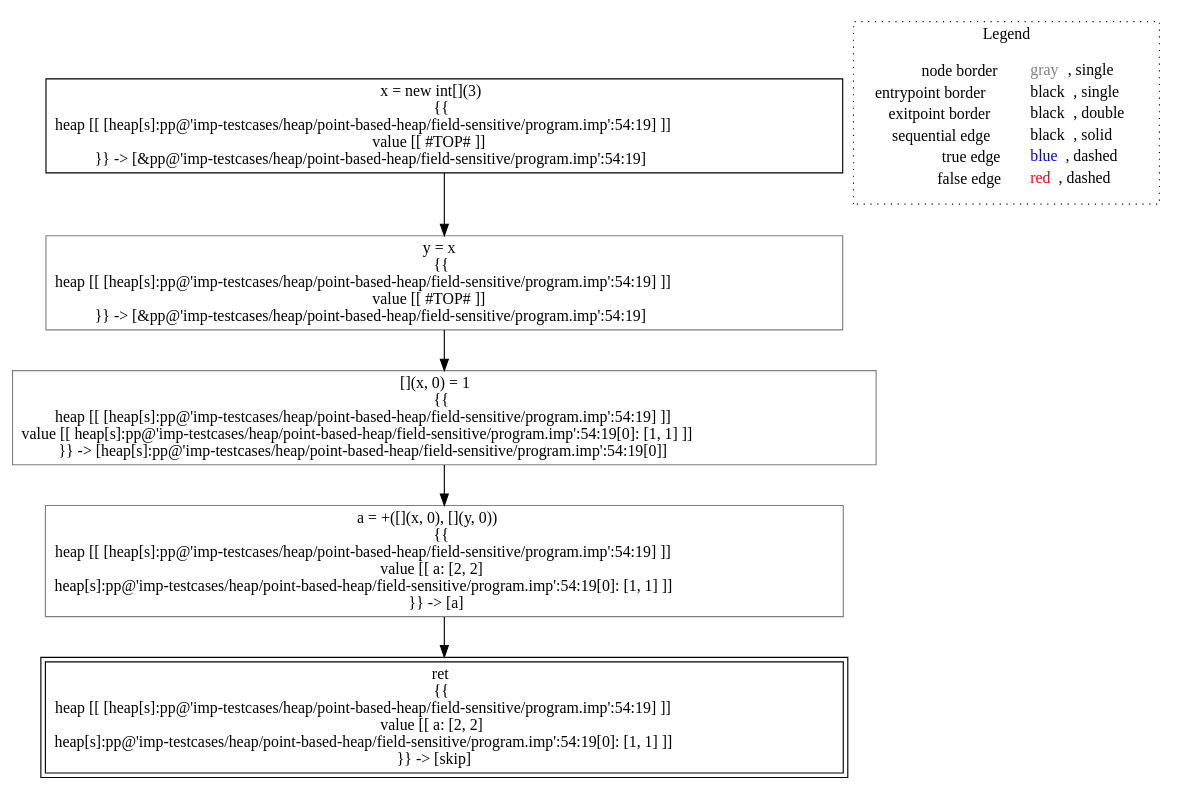
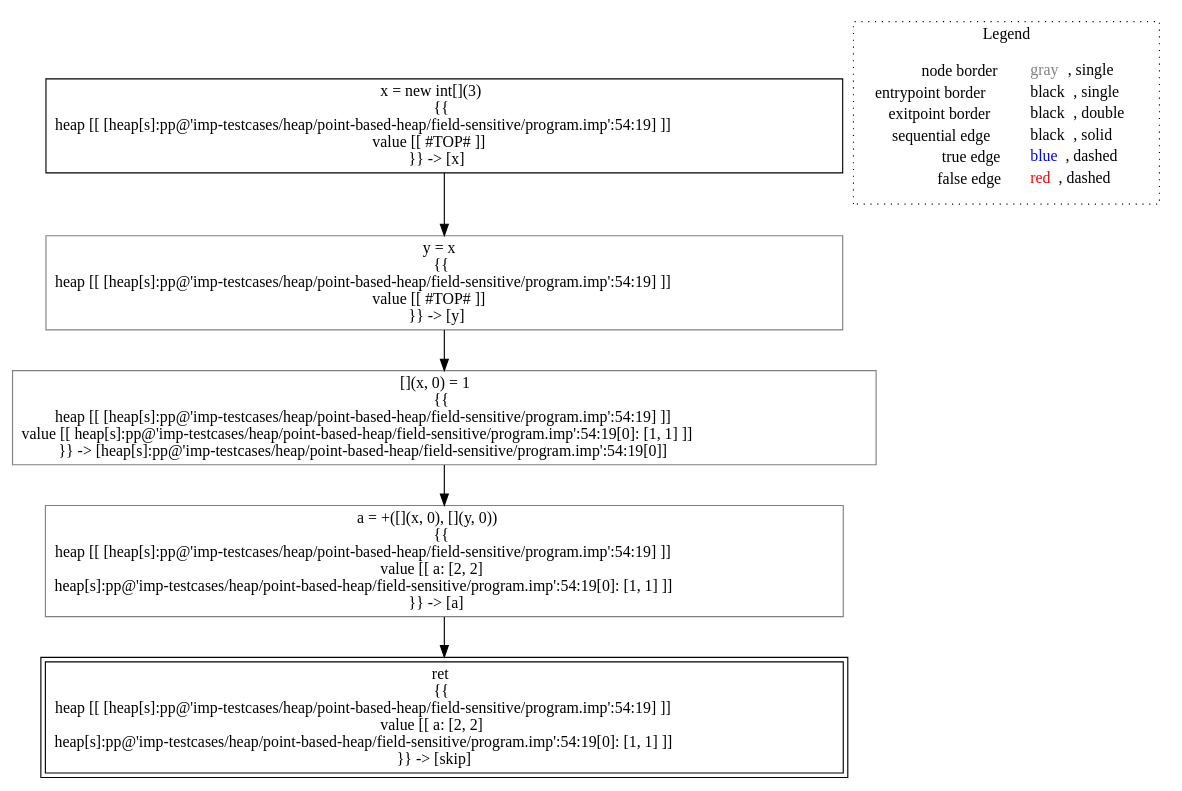
Before and after one commit to lisa-analyzer/lisa: the diagram in lisa/imp-testcases/heap/point-based-heap/field-sensitive/analysis___untyped_A.f6(A_this).dot, drawn with Graphviz. The commit also changed 33 other files, not shown here.

Commit message:
#95 refactored new heap symbolic expressions, removed rewriting in analysis state small step semantics and assign methods, point based heap tests

```diff
--- a/lisa/imp-testcases/heap/point-based-heap/field-sensitive/analysis___untyped_A.f6(A_this).dot
+++ b/lisa/imp-testcases/heap/point-based-heap/field-sensitive/analysis___untyped_A.f6(A_this).dot
@@ -1,18 +1,18 @@
 digraph {
-	"node0" [shape="rect",color="black",label=<x = new int[](3)<BR/>{{<BR/>heap [[ [heap[s]:pp@'imp-testcases/heap/point-based-heap/field-sensitive/program.imp':54:19] ]]<BR/>value [[ #TOP# ]]<BR/>}} -&gt; [&amp;pp@'imp-testcases/heap/point-based-heap/field-sensitive/program.imp':54:19]>];
+	"node0" [shape="rect",color="black",label=<x = new int[](3)<BR/>{{<BR/>heap [[ [heap[s]:pp@'imp-testcases/heap/point-based-heap/field-sensitive/program.imp':54:19] ]]<BR/>value [[ #TOP# ]]<BR/>}} -&gt; [x]>];
 	"node1" [shape="rect",color="gray",label=<[](x, 0) = 1<BR/>{{<BR/>heap [[ [heap[s]:pp@'imp-testcases/heap/point-based-heap/field-sensitive/program.imp':54:19] ]]<BR/>value [[ heap[s]:pp@'imp-testcases/heap/point-based-heap/field-sensitive/program.imp':54:19[0]: [1, 1] ]]<BR/>}} -&gt; [heap[s]:pp@'imp-testcases/heap/point-based-heap/field-sensitive/program.imp':54:19[0]]>];
 	"node2" [shape="rect",color="black",peripheries="2",label=<ret<BR/>{{<BR/>heap [[ [heap[s]:pp@'imp-testcases/heap/point-based-heap/field-sensitive/program.imp':54:19] ]]<BR/>value [[ a: [2, 2]<BR/>heap[s]:pp@'imp-testcases/heap/point-based-heap/field-sensitive/program.imp':54:19[0]: [1, 1] ]]<BR/>}} -&gt; [skip]>];
-	"node3" [shape="rect",color="gray",label=<y = x<BR/>{{<BR/>heap [[ [heap[s]:pp@'imp-testcases/heap/point-based-heap/field-sensitive/program.imp':54:19] ]]<BR/>value [[ #TOP# ]]<BR/>}} -&gt; [&amp;pp@'imp-testcases/heap/point-based-heap/field-sensitive/program.imp':54:19]>];
+	"node3" [shape="rect",color="gray",label=<y = x<BR/>{{<BR/>heap [[ [heap[s]:pp@'imp-testcases/heap/point-based-heap/field-sensitive/program.imp':54:19] ]]<BR/>value [[ #TOP# ]]<BR/>}} -&gt; [y]>];
 	"node4" [shape="rect",color="gray",label=<a = +([](x, 0), [](y, 0))<BR/>{{<BR/>heap [[ [heap[s]:pp@'imp-testcases/heap/point-based-heap/field-sensitive/program.imp':54:19] ]]<BR/>value [[ a: [2, 2]<BR/>heap[s]:pp@'imp-testcases/heap/point-based-heap/field-sensitive/program.imp':54:19[0]: [1, 1] ]]<BR/>}} -&gt; [a]>];
 	"node1" -> "node4" [color="black"];
 	"node0" -> "node3" [color="black"];
 	"node3" -> "node1" [color="black"];
 	"node4" -> "node2" [color="black"];
 subgraph cluster_legend {
 	label="Legend";
 	style=dotted;
 	node [shape=plaintext];
 	"legend" [label=<<table border="0" cellpadding="2" cellspacing="0" cellborder="0"><tr><td align="right">node border&nbsp;</td><td align="left"><font color="gray">gray</font>, single</td></tr><tr><td align="right">entrypoint border&nbsp;</td><td align="left"><font color="black">black</font>, single</td></tr><tr><td align="right">exitpoint border&nbsp;</td><td align="left"><font color="black">black</font>, double</td></tr><tr><td align="right">sequential edge&nbsp;</td><td align="left"><font color="black">black</font>, solid</td></tr><tr><td align="right">true edge&nbsp;</td><td align="left"><font color="blue">blue</font>, dashed</td></tr><tr><td align="right">false edge&nbsp;</td><td align="left"><font color="red">red</font>, dashed</td></tr></table>>];
 }
 
 }
```
